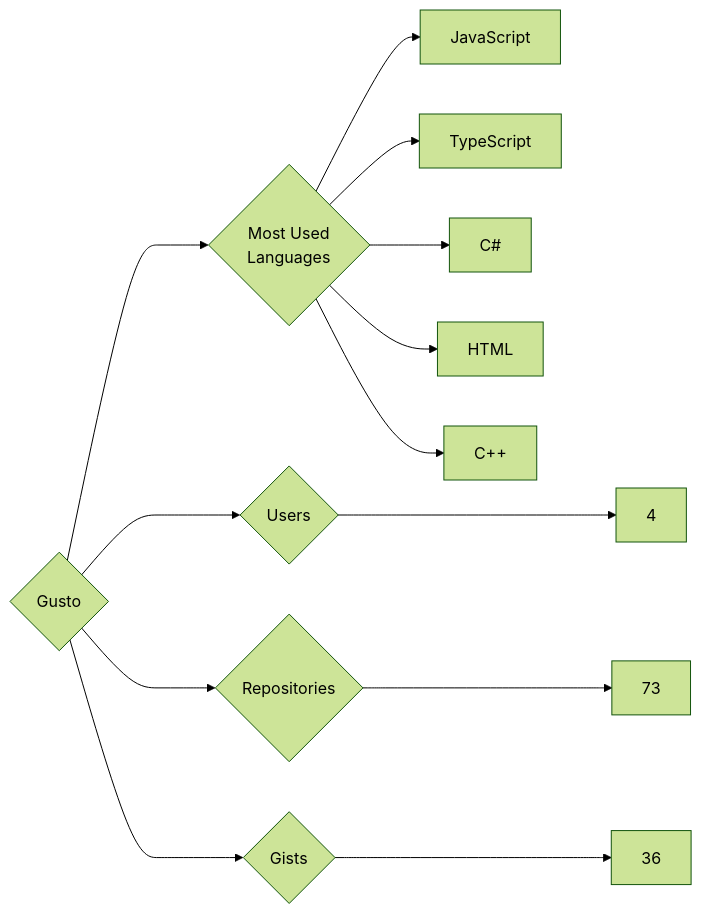
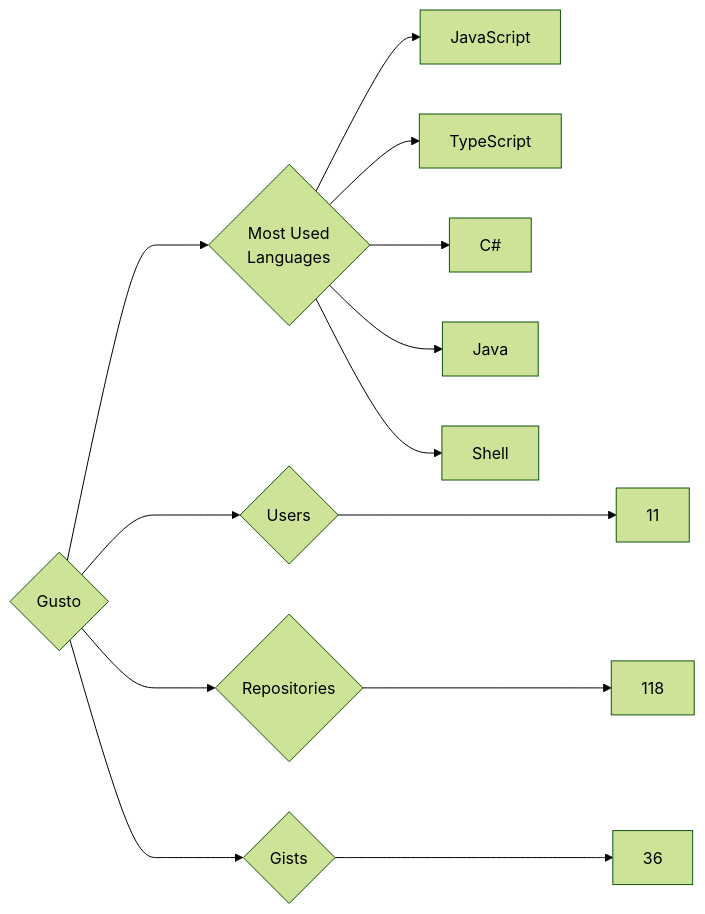
Before and after one commit to trickest/insiders: the diagram in targets/Gusto/README.md, drawn with Mermaid (forest theme). The commit also changed 847 other files, not shown here.

````diff
--- a/targets/Gusto/README.md
+++ b/targets/Gusto/README.md
@@ -3,13 +3,13 @@
 ```mermaid
 graph LR
 COMPANY_NAME{Gusto}
-COMPANY_NAME ---> U{Users} ---> UN[4]
-COMPANY_NAME ---> R{Repositories} ---> RN[73]
+COMPANY_NAME ---> U{Users} ---> UN[11]
+COMPANY_NAME ---> R{Repositories} ---> RN[118]
 COMPANY_NAME ---> G{Gists} ---> GN[36]
 COMPANY_NAME ---> ML{Most Used<br>Languages}
 ML --> JavaScript[JavaScript]
 ML --> TypeScript[TypeScript]
 ML --> C#[C#]
-ML --> HTML[HTML]
-ML --> C++[C++]
+ML --> Java[Java]
+ML --> Shell[Shell]
 ```
````
